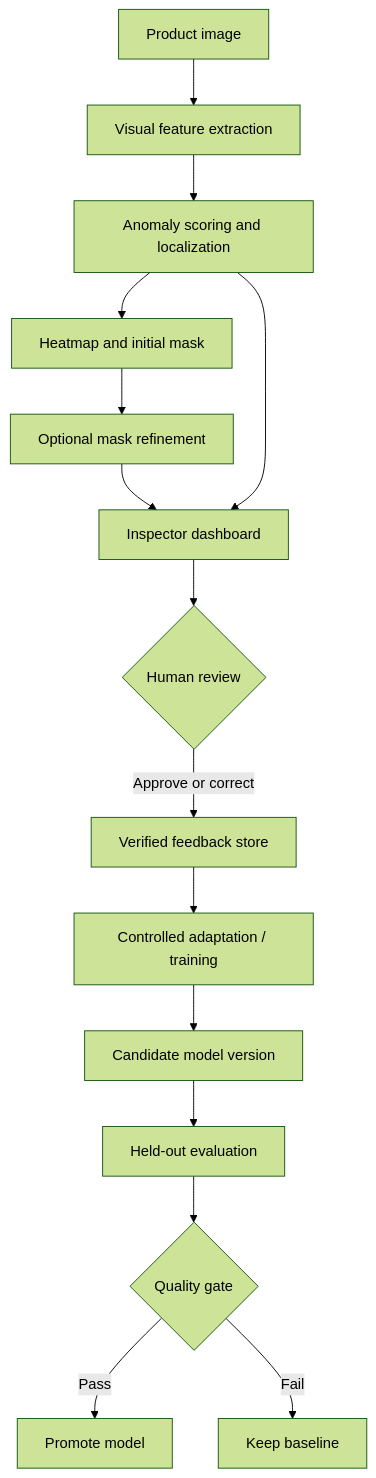
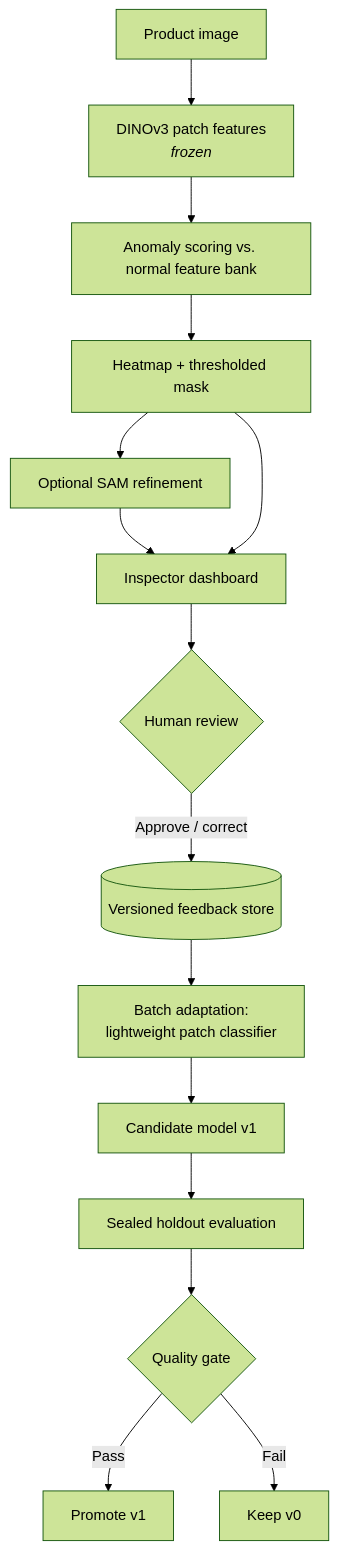
One commit to Muhammed-Farrag/DefoLoop changed the diagram in README.md. Above: the diagram before and after it, drawn with Mermaid (forest theme). The commit also changed other lines of this file and 3 other files, not shown here.

````diff
--- a/README.md
+++ b/README.md
@@ -69,17 +82,17 @@
 ```mermaid
 flowchart TD
-    A[Product image] --> B[Visual feature extraction]
-    B --> C[Anomaly scoring and localization]
-    C --> D[Heatmap and initial mask]
-    D --> E[Optional mask refinement]
+    A[Product image] --> B[DINOv3 patch features<br/><i>frozen</i>]
+    B --> C[Anomaly scoring vs. normal feature bank]
+    C --> D[Heatmap + thresholded mask]
+    D --> E[Optional SAM refinement]
     E --> F[Inspector dashboard]
-    C --> F
+    D --> F
     F --> G{Human review}
-    G -->|Approve or correct| H[Verified feedback store]
-    H --> I[Controlled adaptation / training]
-    I --> J[Candidate model version]
-    J --> K[Held-out evaluation]
+    G -->|Approve / correct| H[(Versioned feedback store)]
+    H --> I[Batch adaptation:<br/>lightweight patch classifier]
+    I --> J[Candidate model v1]
+    J --> K[Sealed holdout evaluation]
     K --> L{Quality gate}
-    L -->|Pass| M[Promote model]
-    L -->|Fail| N[Keep baseline]
+    L -->|Pass| M[Promote v1]
+    L -->|Fail| N[Keep v0]
 ```
````
